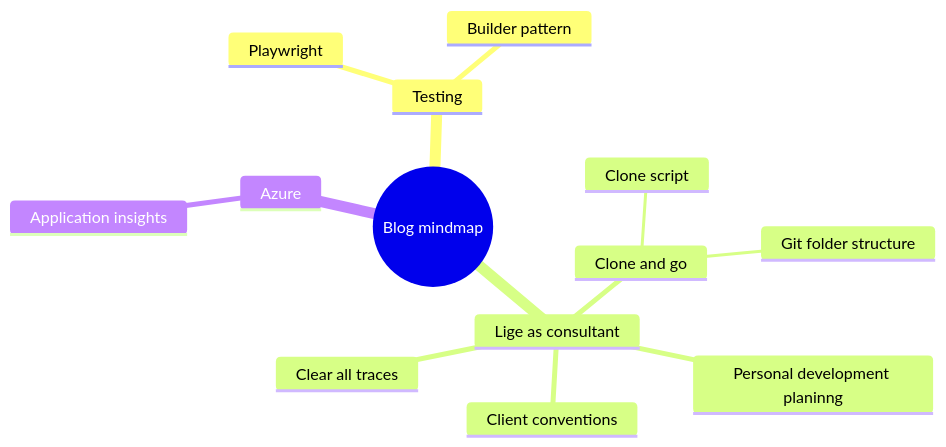
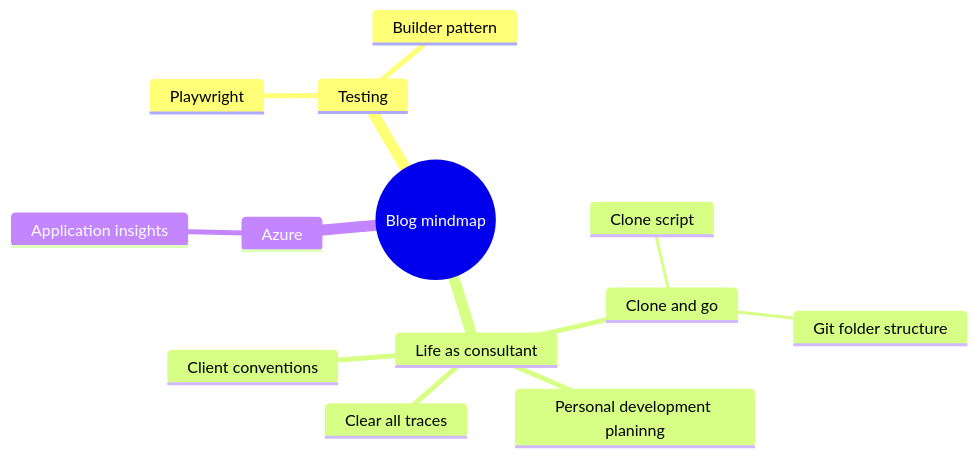
The diagram in src/blog/content/posts/BA-how-to-get-started-technical-blog.md (martdegraaf/martdegraaf.github.io), drawn with Mermaid before and after one commit.

Commit message:
fix mermaid chart?

````diff
--- a/src/blog/content/posts/BA-how-to-get-started-technical-blog.md
+++ b/src/blog/content/posts/BA-how-to-get-started-technical-blog.md
@@ -80,18 +80,17 @@
 ```mermaid
- mindmap
+mindmap
   root((Blog mindmap))
     Testing
       Playwright
       ::icon(fa fa-play)
       Builder pattern
-
-    Lige as consultant
+    Life as consultant
       Clone and go
         Clone script
         Git folder structure
       Personal development planinng
       Client conventions
       Clear all traces
     Azure
       Application insights
 ```
````
